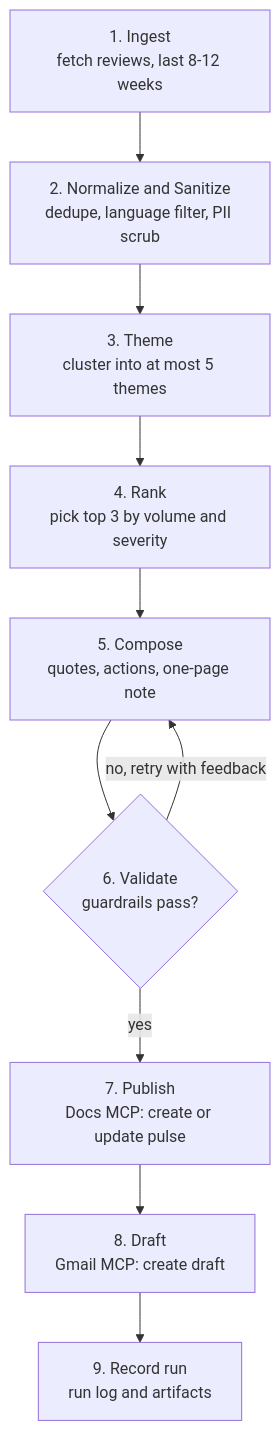
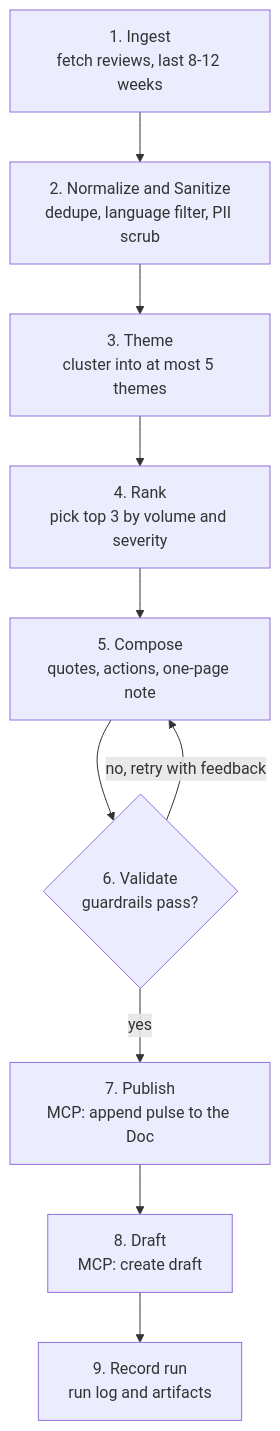
One commit to hardasprachti/AgenticAI_Project changed the second of 4 diagrams in docs/architecture.md. Above: the diagram before and after it, drawn with Mermaid. The commit also changed other lines of this file and 8 other files, not shown here.

````diff
--- a/docs/architecture.md
+++ b/docs/architecture.md
@@ -49,12 +49,12 @@
 ```mermaid
 flowchart TD
     S1[1. Ingest<br/>fetch reviews, last 8-12 weeks] --> S2[2. Normalize and Sanitize<br/>dedupe, language filter, PII scrub]
     S2 --> S3[3. Theme<br/>cluster into at most 5 themes]
     S3 --> S4[4. Rank<br/>pick top 3 by volume and severity]
     S4 --> S5[5. Compose<br/>quotes, actions, one-page note]
     S5 --> S6{6. Validate<br/>guardrails pass?}
     S6 -- no, retry with feedback --> S5
-    S6 -- yes --> S7[7. Publish<br/>Docs MCP: create or update pulse]
-    S7 --> S8[8. Draft<br/>Gmail MCP: create draft]
+    S6 -- yes --> S7[7. Publish<br/>MCP: append pulse to the Doc]
+    S7 --> S8[8. Draft<br/>MCP: create draft]
     S8 --> S9[9. Record run<br/>run log and artifacts]
 ```
````
